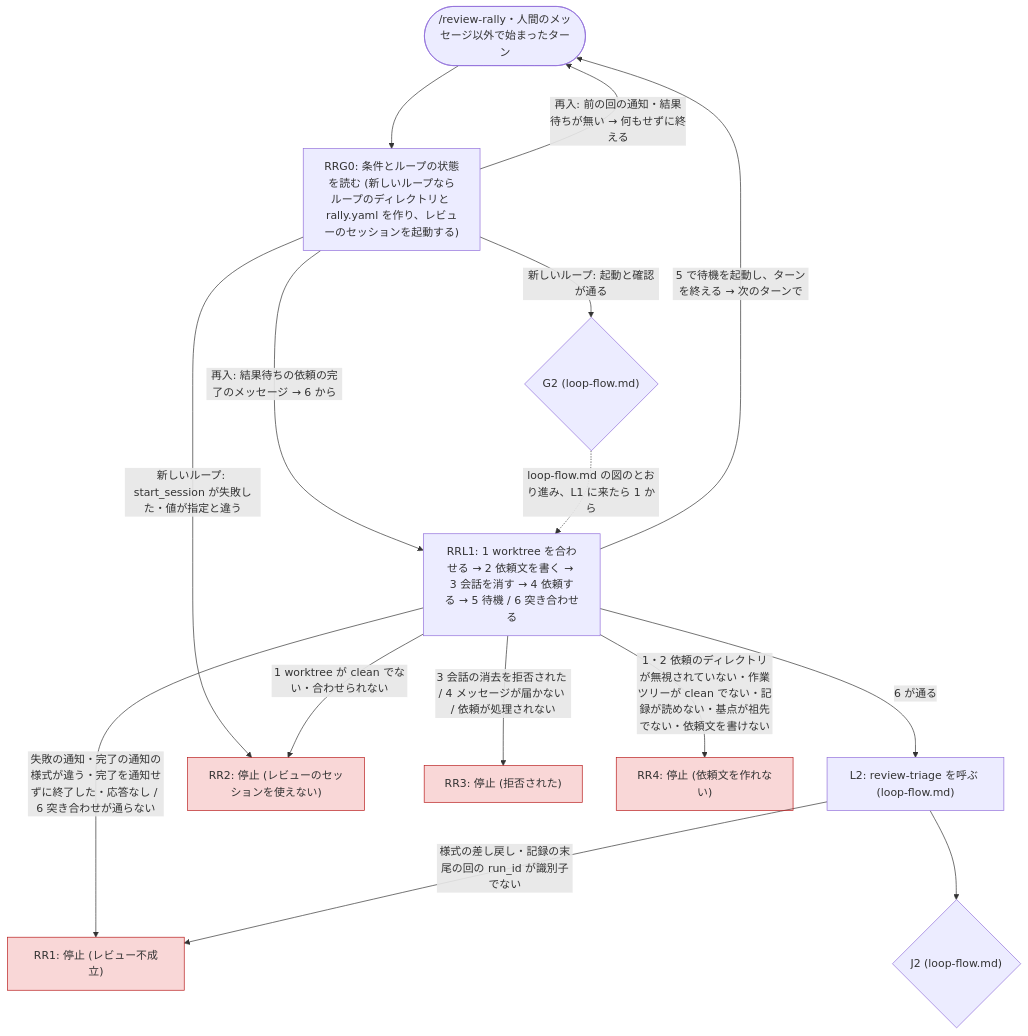
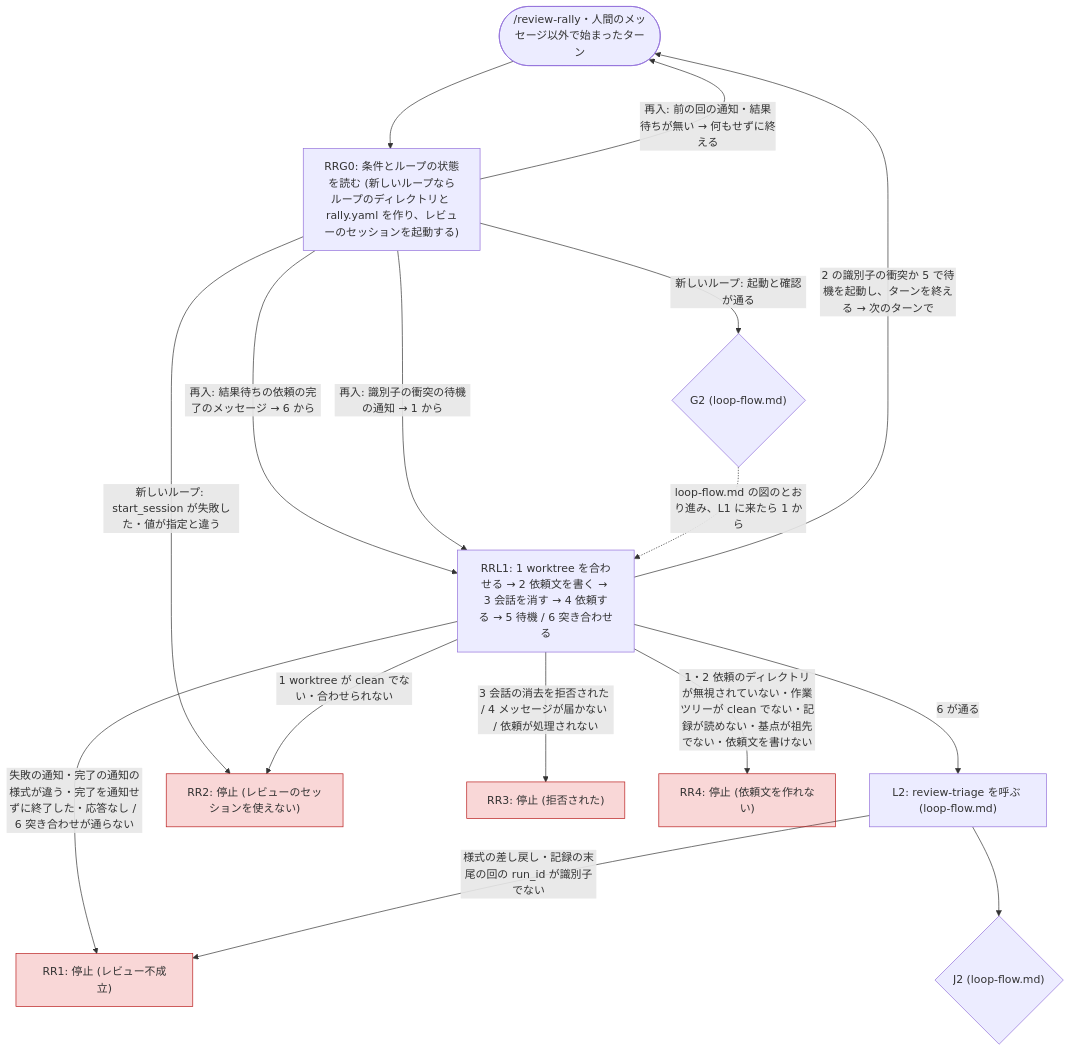
The diagram in review-triage/skills/review-rally/references/stops.md (akm/claude-plugins), drawn with Mermaid before and after one commit. The commit also changed 1 other file, not shown here.

Commit message:
🐛 fix(review-triage): review-rally で識別子の衝突の待機から再入したら、RRL1 の手順 1 からやり直す (#151)
round.md の手順 2 は、review-request が同じ識別子の依頼文か結果が既にあることで書かなかったら、sleep 60 をバックグラウンドで起動してターンを終える。その時点では依頼を送っていないので waiting.run_id は空で、通知で再入すると、再入の手順の 2 (結果待ちが無ければ何もせずに終える) に当たり、ループが再開されなかった。再入の手順の表にも、この待機の description の行が無かった。再入の手順を、結果待ちの依頼の通知だけを想定して書いたことが原因である。

- round.md の再入の手順の 2: 結果待ちが無いときでも、識別子の衝突の待機の通知なら RRL1 の手順 1 からやり直す形にした。
- round.md の決定表の RRL1 の行: 衝突の待機の後は手順 1 に入ることを書いた。
- stops.md の図: 衝突の待機の通知から RRL1 の 1 への辺を足し、待機を起動してターンを終える辺に手順 2 の衝突を含めた。

Rules-Checked: yes

````diff
--- a/review-triage/skills/review-rally/references/stops.md
+++ b/review-triage/skills/review-rally/references/stops.md
@@ -11,33 +11,34 @@
 ```mermaid
 flowchart TD
   IN(["/review-rally・人間のメッセージ以外で始まったターン"])
   RRG0["RRG0: 条件とループの状態を読む (新しいループならループのディレクトリと rally.yaml を作り、レビューのセッションを起動する)"]
   RRL1["RRL1: 1 worktree を合わせる → 2 依頼文を書く → 3 会話を消す → 4 依頼する → 5 待機 / 6 突き合わせる"]
   G2{"G2 (loop-flow.md)"}
   L2["L2: review-triage を呼ぶ (loop-flow.md)"]
   J2{"J2 (loop-flow.md)"}
   RR1["RR1: 停止 (レビュー不成立)"]
   RR2["RR2: 停止 (レビューのセッションを使えない)"]
   RR3["RR3: 停止 (拒否された)"]
   RR4["RR4: 停止 (依頼文を作れない)"]
 
   IN --> RRG0
   RRG0 -- "新しいループ: 起動と確認が通る" --> G2
   RRG0 -- "新しいループ: start_session が失敗した・値が指定と違う" --> RR2
   RRG0 -- "再入: 結果待ちの依頼の完了のメッセージ → 6 から" --> RRL1
+  RRG0 -- "再入: 識別子の衝突の待機の通知 → 1 から" --> RRL1
   RRG0 -- "再入: 前の回の通知・結果待ちが無い → 何もせずに終える" --> IN
   G2 -. "loop-flow.md の図のとおり進み、L1 に来たら 1 から" .-> RRL1
-  RRL1 -- "5 で待機を起動し、ターンを終える → 次のターンで" --> IN
+  RRL1 -- "2 の識別子の衝突か 5 で待機を起動し、ターンを終える → 次のターンで" --> IN
   RRL1 -- "1 worktree が clean でない・合わせられない" --> RR2
   RRL1 -- "1・2 依頼のディレクトリが無視されていない・作業ツリーが clean でない・記録が読めない・基点が祖先でない・依頼文を書けない" --> RR4
   RRL1 -- "3 会話の消去を拒否された / 4 メッセージが届かない / 依頼が処理されない" --> RR3
   RRL1 -- "失敗の通知・完了の通知の様式が違う・完了を通知せずに終了した・応答なし / 6 突き合わせが通らない" --> RR1
   RRL1 -- "6 が通る" --> L2
   L2 -- "様式の差し戻し・記録の末尾の回の run_id が識別子でない" --> RR1
   L2 --> J2
 
   style RR1 fill:#dc26262e,stroke:#b91c1c
   style RR2 fill:#dc26262e,stroke:#b91c1c
   style RR3 fill:#dc26262e,stroke:#b91c1c
   style RR4 fill:#dc26262e,stroke:#b91c1c
 ```
````
